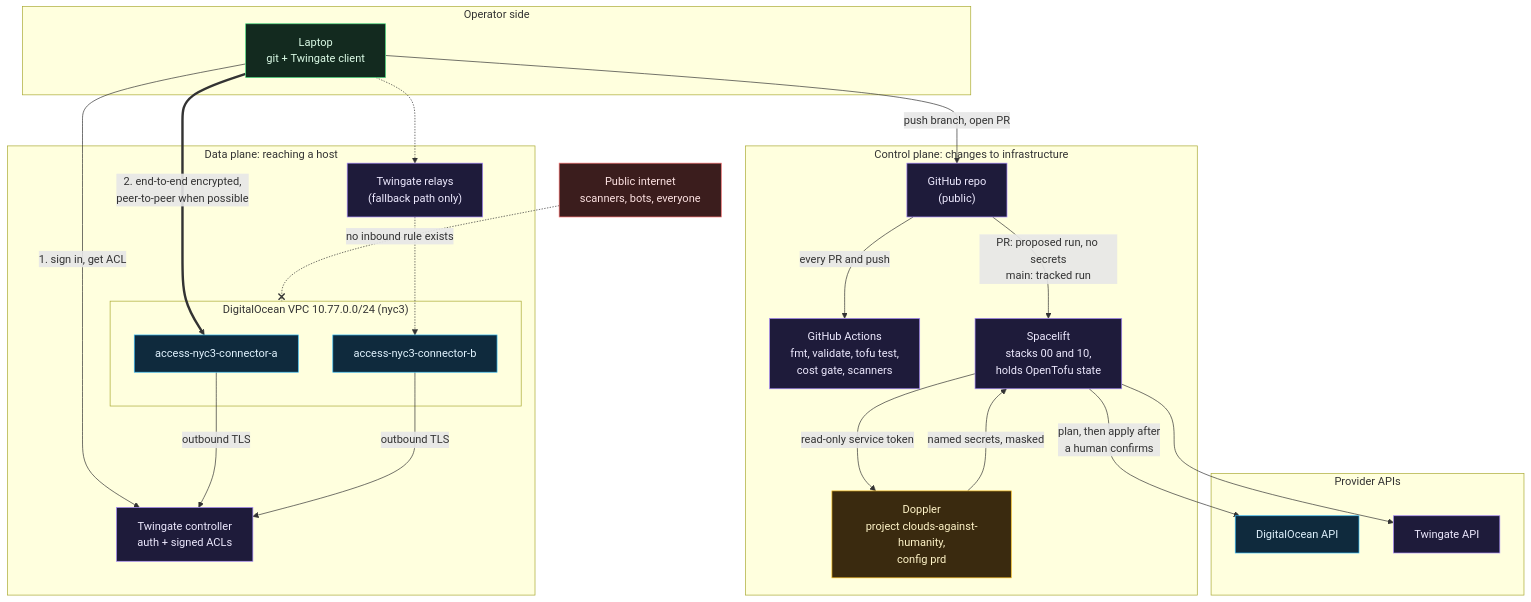
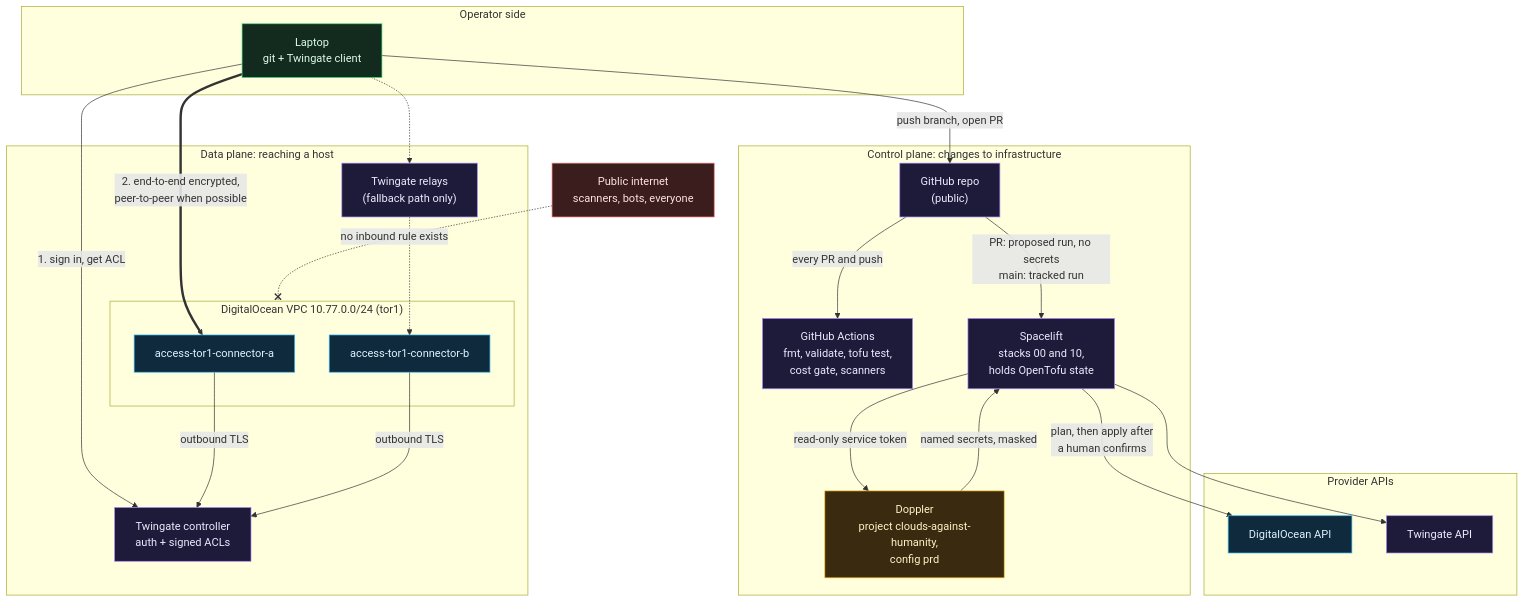
One commit to ChiefGyk3D/Clouds-Against-Humanity changed the first of 4 diagrams in docs/wiki/Architecture-Overview.md. Above: the diagram before and after it, drawn with Mermaid. The commit also changed other lines of this file and 13 other files, not shown here.

````diff
--- a/docs/wiki/Architecture-Overview.md
+++ b/docs/wiki/Architecture-Overview.md
@@ -12,51 +12,51 @@
 ```mermaid
 flowchart TB
     subgraph operator["Operator side"]
         dev["Laptop<br/>git + Twingate client"]:::you
     end
 
     subgraph control["Control plane: changes to infrastructure"]
         gh["GitHub repo<br/>(public)"]:::ctrl
         ci["GitHub Actions<br/>fmt, validate, tofu test,<br/>cost gate, scanners"]:::ctrl
         sl["Spacelift<br/>stacks 00 and 10,<br/>holds OpenTofu state"]:::ctrl
         dp["Doppler<br/>project clouds-against-humanity,<br/>config prd"]:::secret
     end
 
     subgraph apis["Provider APIs"]
         doapi["DigitalOcean API"]:::cloud
         tgapi["Twingate API"]:::ctrl
     end
 
     subgraph dataplane["Data plane: reaching a host"]
         tgc["Twingate controller<br/>auth + signed ACLs"]:::ctrl
         relay["Twingate relays<br/>(fallback path only)"]:::ctrl
-        subgraph vpc["DigitalOcean VPC 10.77.0.0/24 (nyc3)"]
-            ca["access-nyc3-connector-a"]:::cloud
-            cb["access-nyc3-connector-b"]:::cloud
+        subgraph vpc["DigitalOcean VPC 10.77.0.0/24 (tor1)"]
+            ca["access-tor1-connector-a"]:::cloud
+            cb["access-tor1-connector-b"]:::cloud
         end
     end
 
     internet["Public internet<br/>scanners, bots, everyone"]:::ext
 
     dev -- "push branch, open PR" --> gh
     gh -- "every PR and push" --> ci
     gh -- "PR: proposed run, no secrets<br/>main: tracked run" --> sl
     sl -- "read-only service token" --> dp
     dp -- "named secrets, masked" --> sl
     sl -- "plan, then apply after<br/>a human confirms" --> doapi
     sl --> tgapi
 
     dev -- "1. sign in, get ACL" --> tgc
     ca -- "outbound TLS" --> tgc
     cb -- "outbound TLS" --> tgc
     dev == "2. end-to-end encrypted,<br/>peer-to-peer when possible" ==> ca
     dev -.-> relay -.-> cb
 
     internet -. "no inbound rule exists" .-x vpc
 
     classDef you fill:#132a1f,stroke:#4ade80,color:#dcfce7
     classDef ext fill:#3b1d1d,stroke:#f87171,color:#fde2e2
     classDef ctrl fill:#1e1b3a,stroke:#a78bfa,color:#ede9fe
     classDef cloud fill:#0f2a3d,stroke:#38bdf8,color:#e0f2fe
     classDef secret fill:#3a2a0f,stroke:#fbbf24,color:#fef3c7
 ```
````
